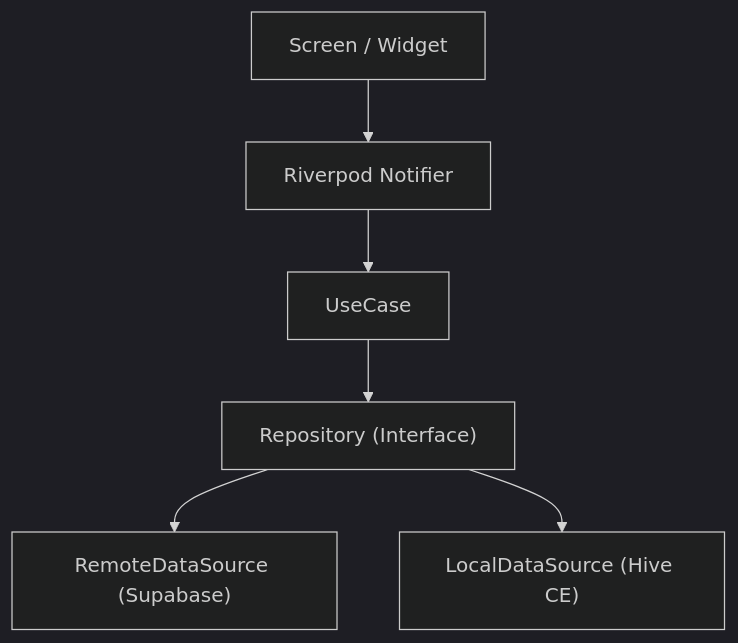
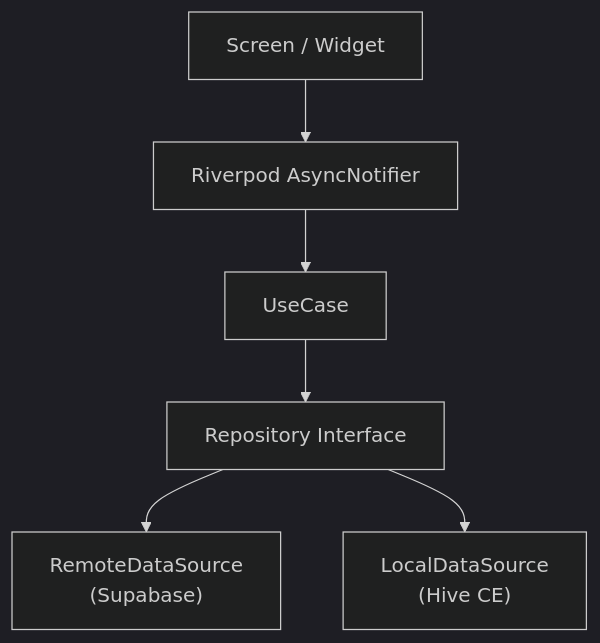
One commit to kaywalker91/LinkNote changed the diagram in README.md. Above: the diagram before and after it, drawn with Mermaid (dark theme). The commit also changed other lines of this file and 3 other files, not shown here.

````diff
--- a/README.md
+++ b/README.md
@@ -82,8 +49,8 @@
 ```mermaid
 graph TD
-    Screen["Screen / Widget"] --> Notifier["Riverpod Notifier"]
+    Screen["Screen / Widget"] --> Notifier["Riverpod AsyncNotifier"]
     Notifier --> UseCase["UseCase"]
-    UseCase --> Repository["Repository (Interface)"]
-    Repository --> Remote["RemoteDataSource (Supabase)"]
-    Repository --> Local["LocalDataSource (Hive CE)"]
+    UseCase --> Repository["Repository Interface"]
+    Repository --> Remote["RemoteDataSource<br/>(Supabase)"]
+    Repository --> Local["LocalDataSource<br/>(Hive CE)"]
 ```
````
